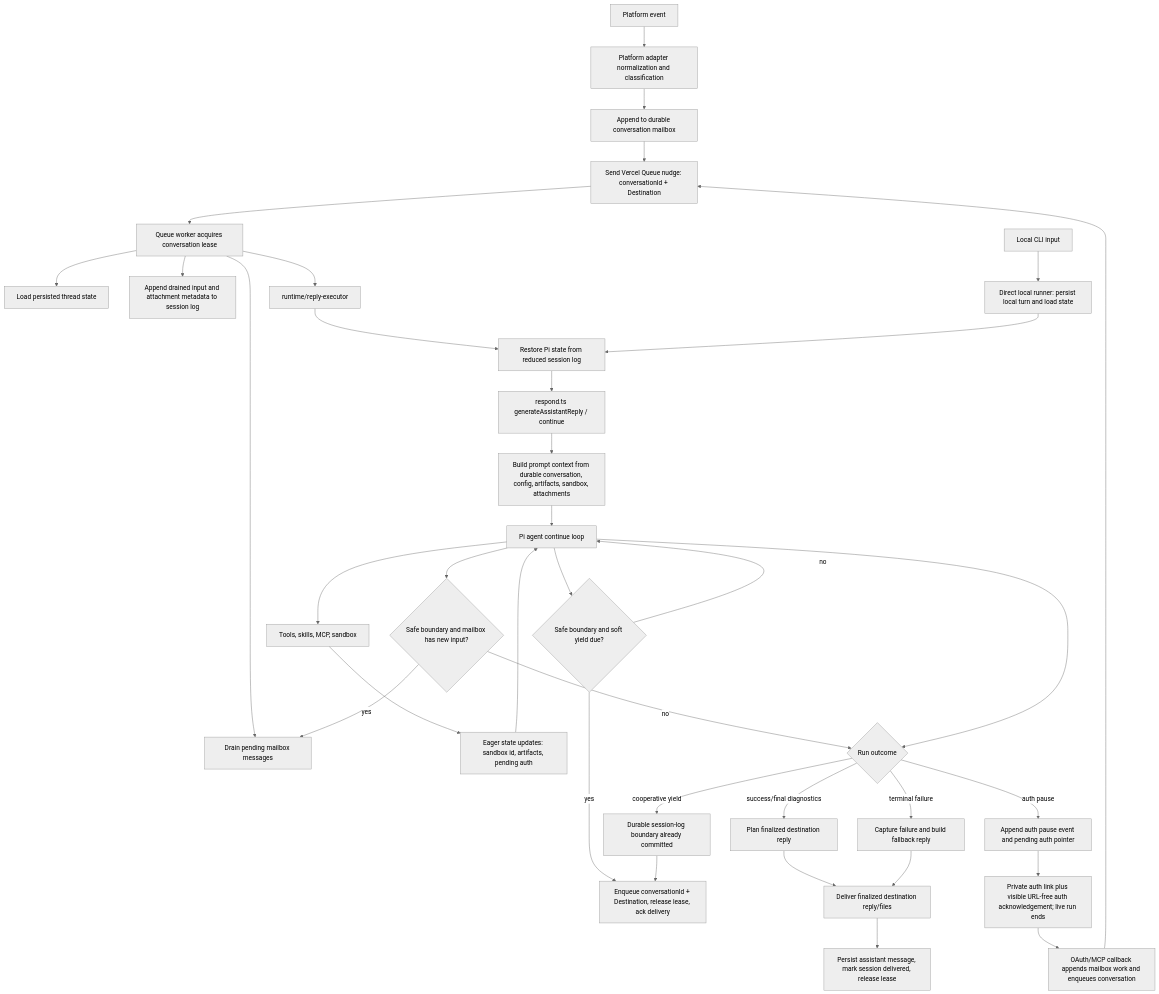
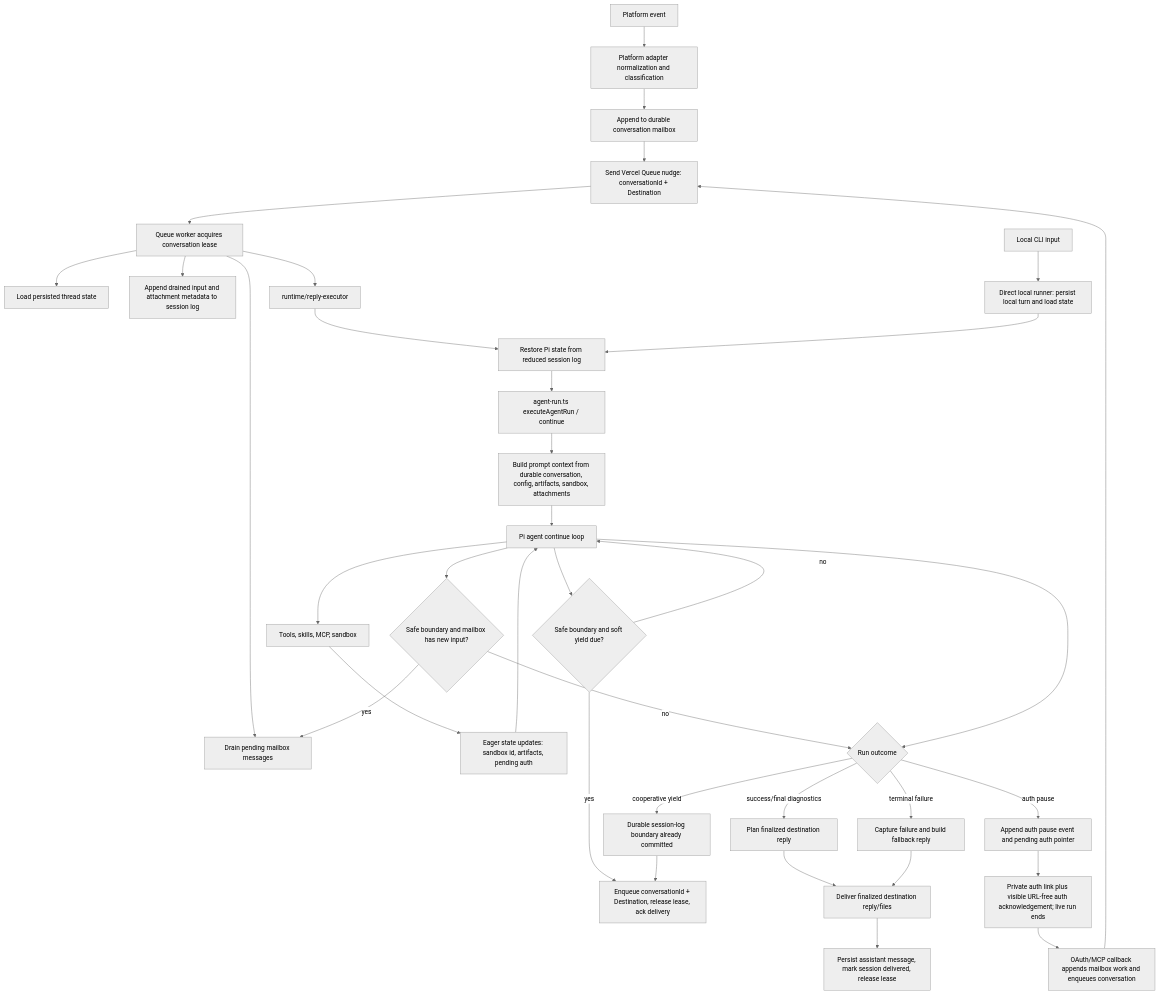
Before and after one commit to Elih96/junior: the diagram in specs/chat-architecture.md, drawn with Mermaid (neutral theme). The commit also changed other lines of this file and 73 other files, not shown here.

````diff
--- a/specs/chat-architecture.md
+++ b/specs/chat-architecture.md
@@ -41,38 +41,38 @@
 ```mermaid
 flowchart TD
   A[Platform event] --> B[Platform adapter normalization and classification]
   B --> C[Append to durable conversation mailbox]
   C --> D[Send Vercel Queue nudge: conversationId + Destination]
   D --> E[Queue worker acquires conversation lease]
   E --> E1[Load persisted thread state]
   E --> E2[Drain pending mailbox messages]
   E --> E3[Append drained input and attachment metadata to session log]
   E --> F[runtime/reply-executor]
   F --> G[Restore Pi state from reduced session log]
   LA[Local CLI input] --> LB[Direct local runner: persist local turn and load state]
   LB --> G
-  G --> J[respond.ts generateAssistantReply / continue]
+  G --> J[agent-run.ts executeAgentRun / continue]
   J --> K[Build prompt context from durable conversation, config, artifacts, sandbox, attachments]
   K --> L[Pi agent continue loop]
   L --> M[Tools, skills, MCP, sandbox]
   M --> N[Eager state updates: sandbox id, artifacts, pending auth]
   N --> L
   L --> Y{Safe boundary and soft yield due?}
   Y -->|yes| YA[Enqueue conversationId + Destination, release lease, ack delivery]
   Y -->|no| L
   L --> Z{Safe boundary and mailbox has new input?}
   Z -->|yes| E2
   Z -->|no| O
   L --> O{Run outcome}
   O -->|success/final diagnostics| P[Plan finalized destination reply]
   O -->|auth pause| Q[Append auth pause event and pending auth pointer]
   O -->|cooperative yield| R[Durable session-log boundary already committed]
   O -->|terminal failure| S[Capture failure and build fallback reply]
   R --> YA
   Q --> V[Private auth link plus visible URL-free auth acknowledgement; live run ends]
   V --> AB[OAuth/MCP callback appends mailbox work and enqueues conversation]
   P --> W[Deliver finalized destination reply/files]
   S --> W
   W --> X[Persist assistant message, mark session delivered, release lease]
   AB --> D
 ```
````
